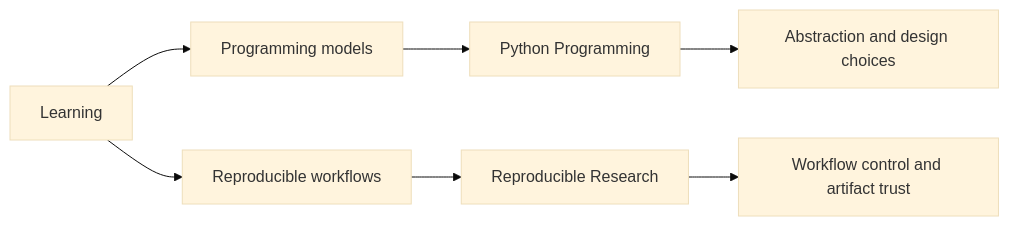
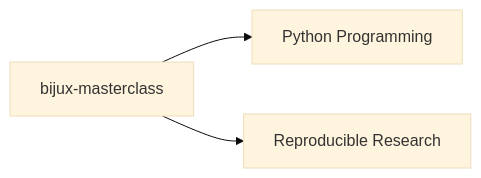
One commit to bijux/bijux.github.io changed the diagram in docs/05-learning/index.md. Above: the diagram before and after it, drawn with Mermaid (base theme). The commit also changed other lines of this file and 1 other file, not shown here.

Commit message:
docs(routes): simplify the projects and learning overviews

````diff
--- a/docs/05-learning/index.md
+++ b/docs/05-learning/index.md
@@ -34,11 +33,5 @@
 ```mermaid
 graph LR
-    learning["Learning"] --> models["Programming models"]
-    learning --> workflows["Reproducible workflows"]
-
-    models --> python["Python Programming"]
-    workflows --> research["Reproducible Research"]
-
-    python --> abstraction["Abstraction and design choices"]
-    research --> control["Workflow control and artifact trust"]
+    masterclass["bijux-masterclass"] --> python["Python Programming"]
+    masterclass --> research["Reproducible Research"]
 ```
````
